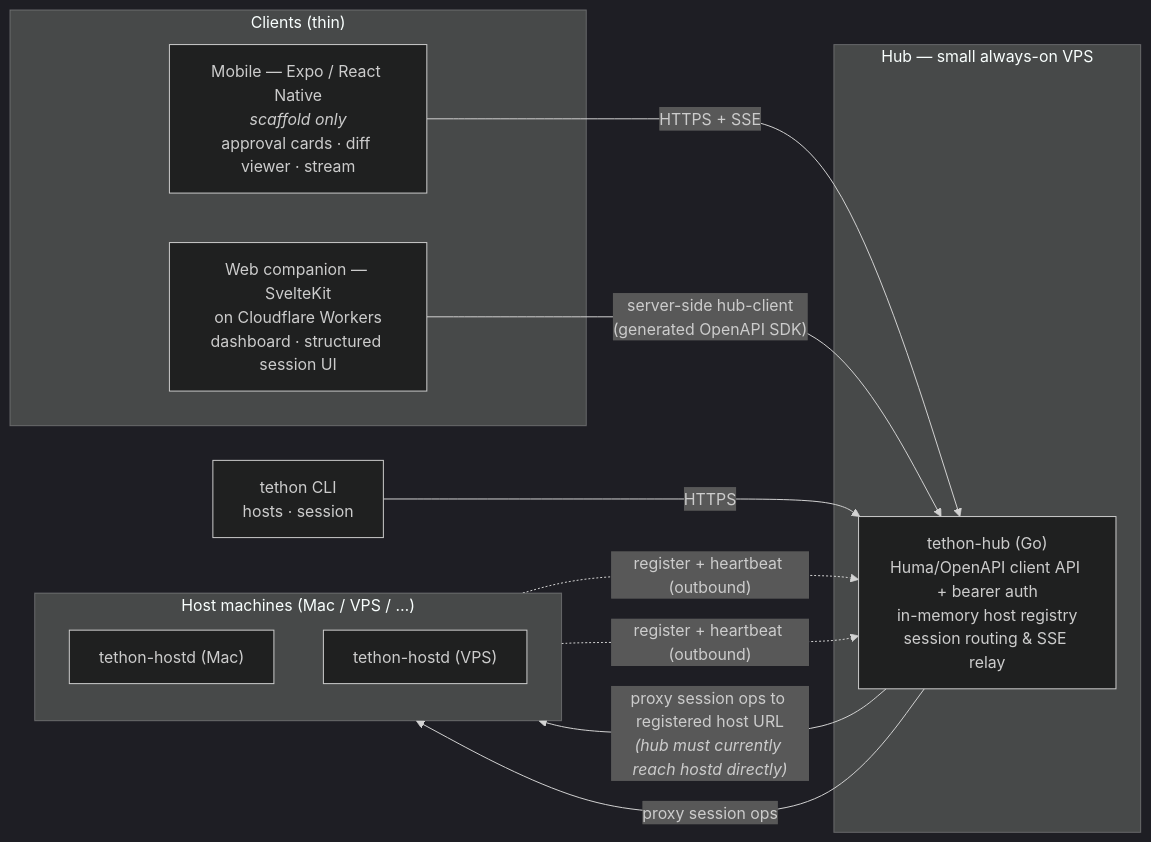
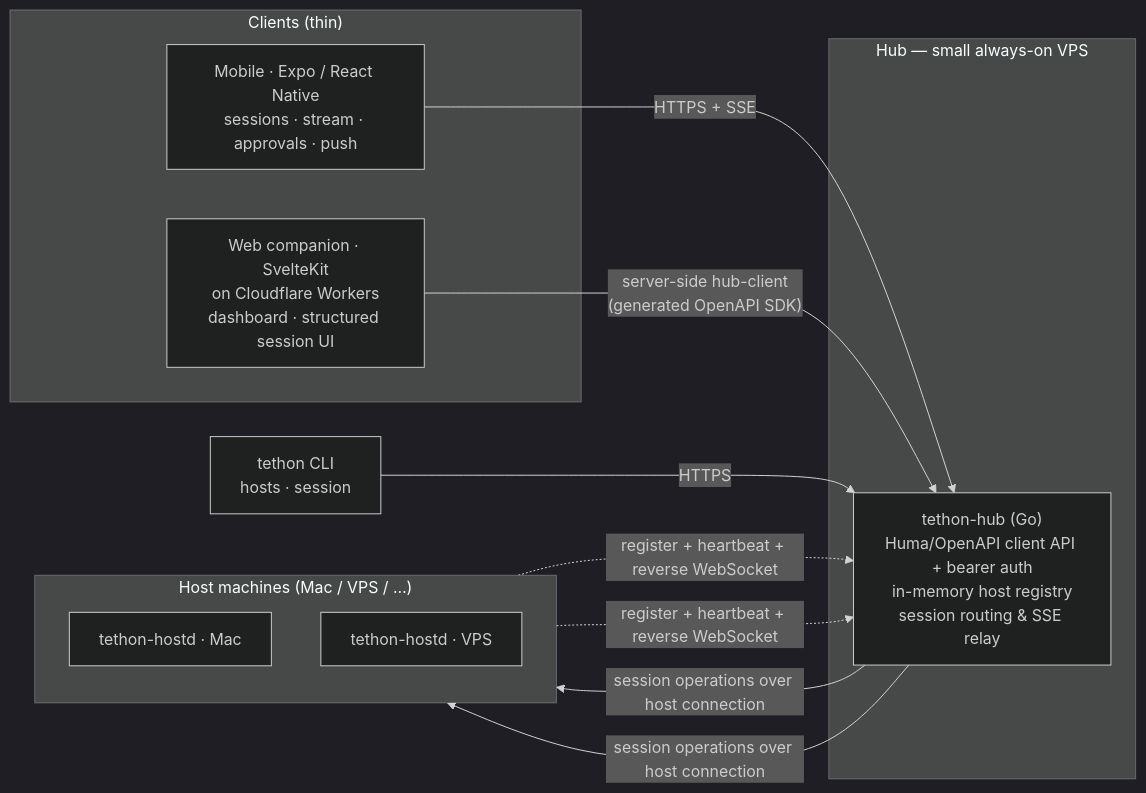
The first of 3 diagrams in README.md (JustinyAhin/tethon), drawn with Mermaid (dark theme) before and after one commit. The commit also changed other lines of this file and 4 other files, not shown here.

````diff
--- a/README.md
+++ b/README.md
@@ -13,28 +33,28 @@
 ```mermaid
 flowchart LR
     subgraph clients["Clients (thin)"]
-        mobile["Mobile — Expo / React Native<br/><i>scaffold only</i><br/>approval cards · diff viewer · stream"]
-        web["Web companion — SvelteKit<br/>on Cloudflare Workers<br/>dashboard · structured session UI"]
+        mobile["Mobile · Expo / React Native<br/>sessions · stream · approvals · push"]
+        web["Web companion · SvelteKit<br/>on Cloudflare Workers<br/>dashboard · structured session UI"]
     end
 
     subgraph hubvps["Hub — small always-on VPS"]
         hub["tethon-hub (Go)<br/>Huma/OpenAPI client API + bearer auth<br/>in-memory host registry<br/>session routing &amp; SSE relay"]
     end
 
     subgraph machines["Host machines (Mac / VPS / …)"]
         direction TB
-        hostmac["tethon-hostd (Mac)"]
-        hostvps["tethon-hostd (VPS)"]
+        hostmac["tethon-hostd · Mac"]
+        hostvps["tethon-hostd · VPS"]
     end
 
     cli["tethon CLI<br/>hosts · session"]
 
     mobile -->|"HTTPS + SSE"| hub
     web -->|"server-side hub-client<br/>(generated OpenAPI SDK)"| hub
     cli -->|HTTPS| hub
 
-    hostmac -.->|"register + heartbeat (outbound)"| hub
-    hostvps -.->|"register + heartbeat (outbound)"| hub
-    hub -->|"proxy session ops to registered host URL<br/><i>(hub must currently reach hostd directly)</i>"| hostmac
-    hub -->|proxy session ops| hostvps
+    hostmac -.->|"register + heartbeat + reverse WebSocket"| hub
+    hostvps -.->|"register + heartbeat + reverse WebSocket"| hub
+    hub -->|"session operations over host connection"| hostmac
+    hub -->|"session operations over host connection"| hostvps
 ```
````
